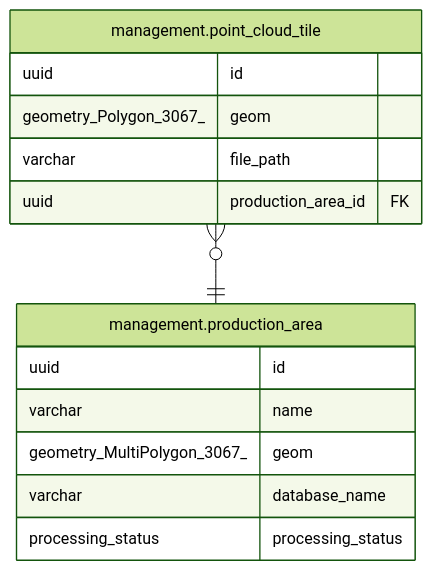
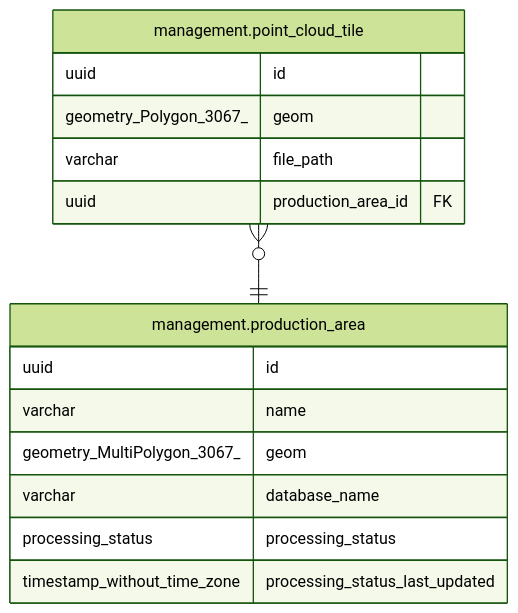
One commit to nlsfi/pinta changed the diagram in components/db/docs/primary_db/management.point_cloud_tile.md. Above: the diagram before and after it, drawn with Mermaid (forest theme). The commit also changed 2 other files, not shown here.

Commit message:
chore(db): regenerate tbls documentation

````diff
--- a/components/db/docs/primary_db/management.point_cloud_tile.md
+++ b/components/db/docs/primary_db/management.point_cloud_tile.md
@@ -28,19 +28,20 @@
 ```mermaid
 erDiagram
 
 "management.point_cloud_tile" }o--|| "management.production_area" : ""
 
 "management.point_cloud_tile" {
   uuid id
   geometry_Polygon_3067_ geom
   varchar file_path
   uuid production_area_id FK
 }
 "management.production_area" {
   uuid id
   varchar name
   geometry_MultiPolygon_3067_ geom
   varchar database_name
   processing_status processing_status
+  timestamp_without_time_zone processing_status_last_updated
 }
 ```
````
